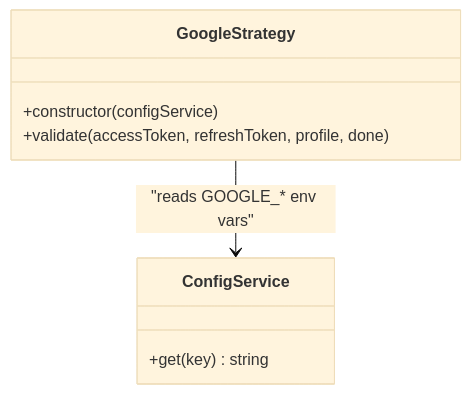
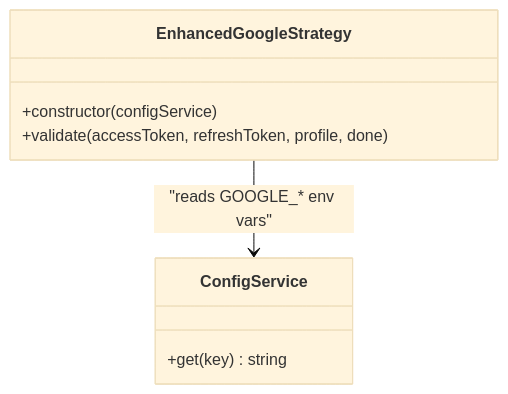
Before and after one commit to devonxjz/MissLost: the third of 7 diagrams in .qoder/repowiki/en/content/Backend Architecture/Authentication System/Google OAuth Integration.md, drawn with Mermaid (base theme). The commit also changed other lines of this file and 12 other files, not shown here.

````diff
--- a/.qoder/repowiki/en/content/Backend Architecture/Authentication System/Google OAuth Integration.md
+++ b/.qoder/repowiki/en/content/Backend Architecture/Authentication System/Google OAuth Integration.md
@@ -142,11 +153,11 @@
 ```mermaid
 classDiagram
-class GoogleStrategy {
+class EnhancedGoogleStrategy {
 +constructor(configService)
 +validate(accessToken, refreshToken, profile, done)
 }
 class ConfigService {
 +get(key) string
 }
-GoogleStrategy --> ConfigService : "reads GOOGLE_* env vars"
+EnhancedGoogleStrategy --> ConfigService : "reads GOOGLE_* env vars"
 ```
````
